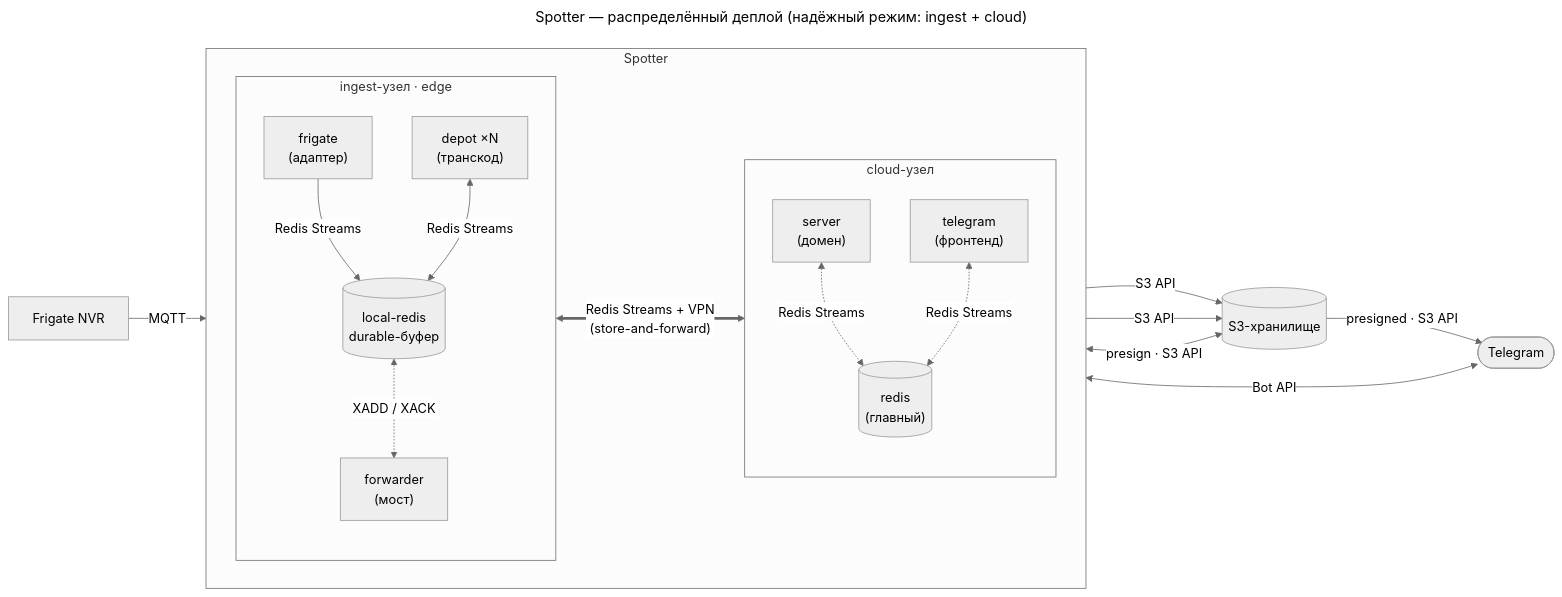
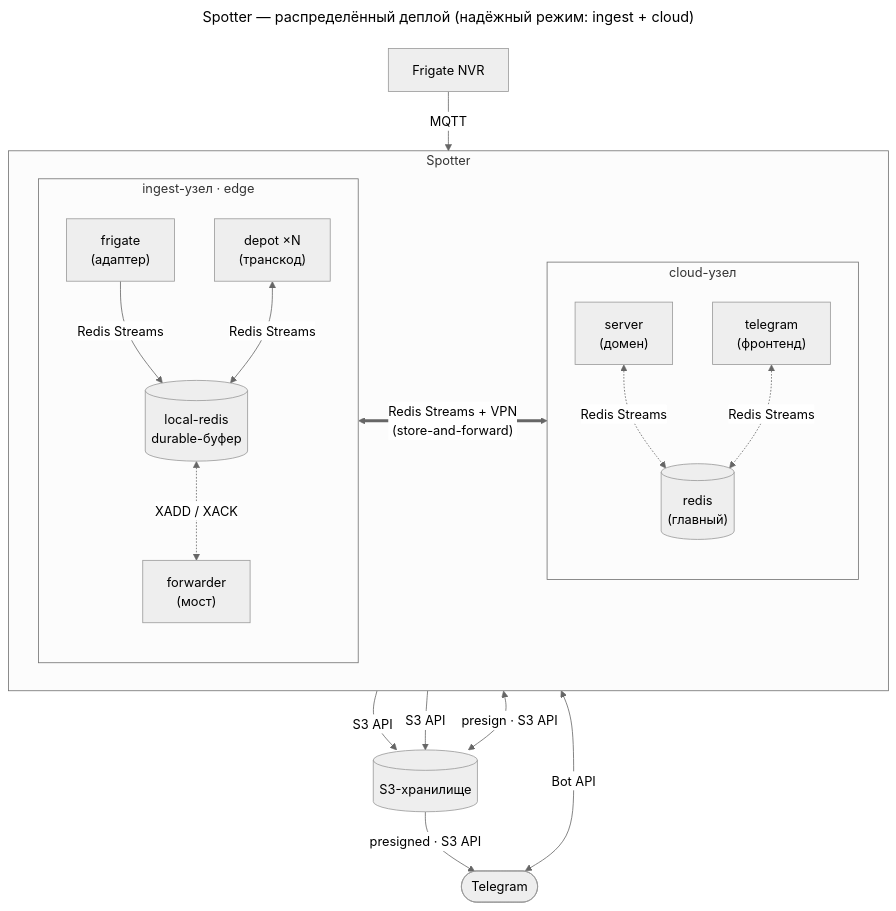
One commit to MkSavin/spotter changed the second of 2 diagrams in README.md. Above: the diagram before and after it, drawn with Mermaid (neutral theme).

Commit message:
fix: Improved diagrams (direction)

````diff
--- a/README.md
+++ b/README.md
@@ -65,43 +65,43 @@
 ```mermaid
 ---
 title: "Spotter — распределённый деплой (надёжный режим: ingest + cloud)"
 ---
-flowchart LR
+flowchart TB
     Frigate["Frigate NVR"]
     TG(["Telegram"])
     S3[("S3-хранилище")]
 
     subgraph app["Spotter"]
         direction LR
         subgraph ingest["ingest-узел · edge"]
             direction TB
             frigate["frigate<br/>(адаптер)"]
             depot["depot ×N<br/>(транскод)"]
             lredis[("local-redis<br/>durable-буфер")]
             forwarder["forwarder<br/>(мост)"]
         end
         subgraph cloud["cloud-узел"]
             direction TB
             rredis[("redis<br/>(главный)")]
             server["server<br/>(домен)"]
             telegram["telegram<br/>(фронтенд)"]
         end
     end
 
     Frigate -- "MQTT" --> frigate
     TG <-- "Bot API" --> telegram
 
     frigate -- "Redis Streams" --> lredis
     server <-. "Redis Streams" .-> rredis
     depot <-- "Redis Streams" --> lredis
     lredis <-. "XADD / XACK" .-> forwarder
     forwarder <== "Redis Streams + VPN<br/>(store-and-forward)" ==> rredis
     telegram <-. "Redis Streams" .-> rredis
 
     frigate -- "S3 API" --> S3
     depot -- "S3 API" --> S3
     telegram <-- "presign · S3 API" --> S3
     S3 -- "presigned · S3 API" --> TG
 
     class Frigate,TG,S3 ext
 ```
````
